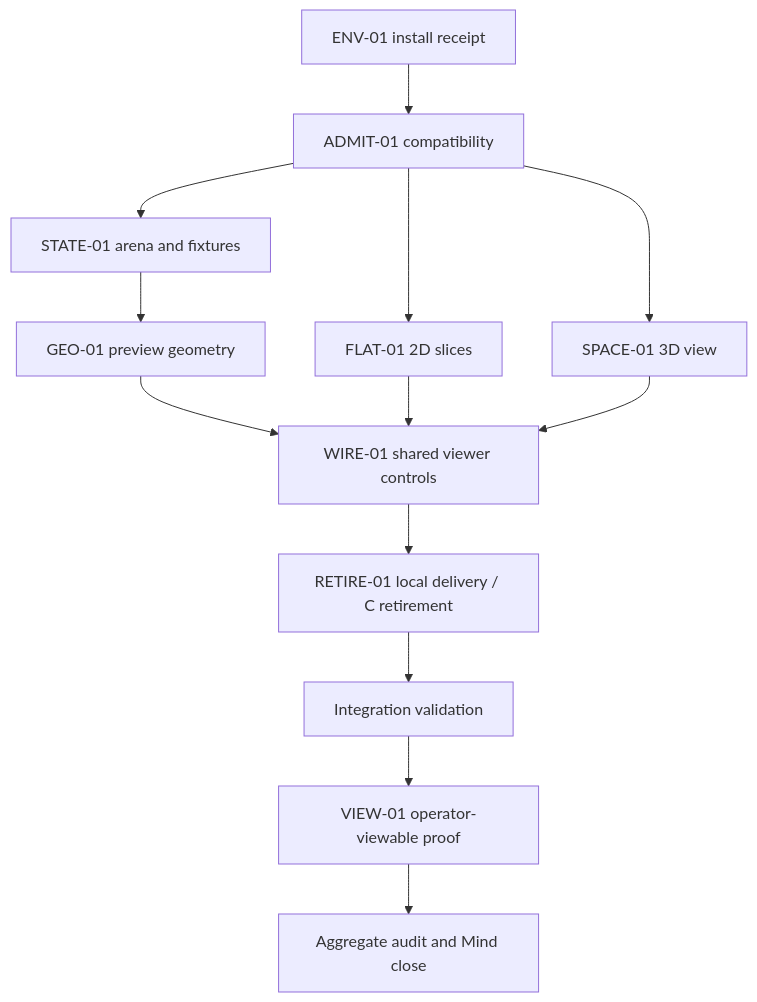
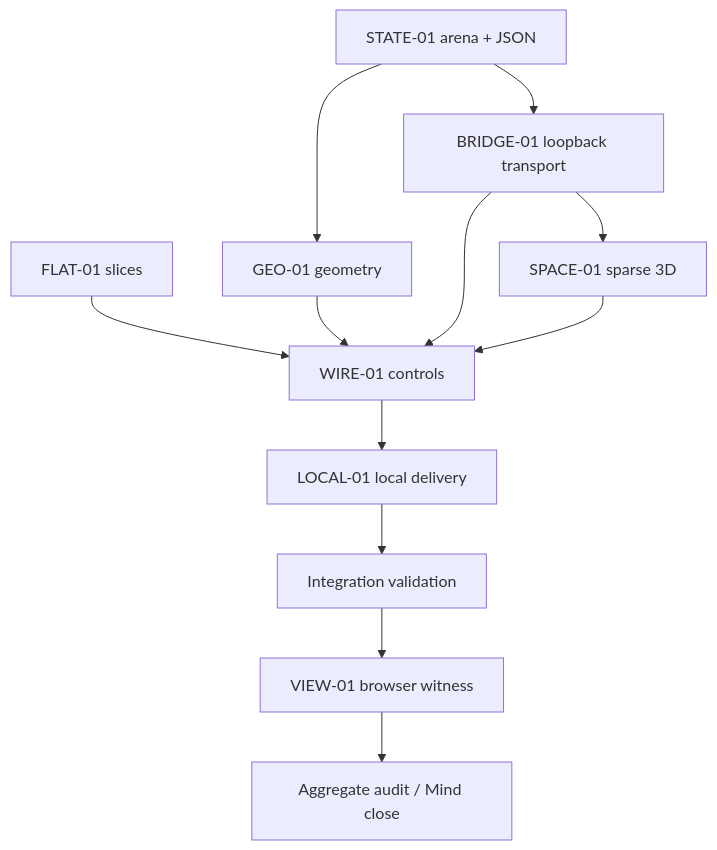
Before and after one commit to aidenzepp/zchess-c: the diagram in docs/plans/milestone-1-delivery.md, drawn with Mermaid. The commit also changed other lines of this file and 1 other file, not shown here.

Commit message:
docs: lower viewer through proven local Faber bridge

````diff
--- a/docs/plans/milestone-1-delivery.md
+++ b/docs/plans/milestone-1-delivery.md
@@ -47,15 +58,14 @@
 ```mermaid
 flowchart TD
-  ENV[ENV-01 install receipt] --> ADMIT[ADMIT-01 compatibility]
-  ADMIT --> STATE[STATE-01 arena and fixtures]
-  STATE --> GEO[GEO-01 preview geometry]
-  ADMIT --> FLAT[FLAT-01 2D slices]
-  ADMIT --> SPACE[SPACE-01 3D view]
-  GEO --> WIRE[WIRE-01 shared viewer controls]
-  FLAT --> WIRE
+  STATE[STATE-01 arena + JSON] --> GEO[GEO-01 geometry]
+  STATE --> BRIDGE[BRIDGE-01 loopback transport]
+  BRIDGE --> SPACE[SPACE-01 sparse 3D]
+  FLAT[FLAT-01 slices] --> WIRE[WIRE-01 controls]
+  GEO --> WIRE
+  BRIDGE --> WIRE
   SPACE --> WIRE
-  WIRE --> RETIRE[RETIRE-01 local delivery / C retirement]
-  RETIRE --> GATE[Integration validation]
-  GATE --> WITNESS[VIEW-01 operator-viewable proof]
-  WITNESS --> AUDIT[Aggregate audit and Mind close]
+  WIRE --> LOCAL[LOCAL-01 local delivery]
+  LOCAL --> GATE[Integration validation]
+  GATE --> VIEW[VIEW-01 browser witness]
+  VIEW --> AUDIT[Aggregate audit / Mind close]
 ```
````
